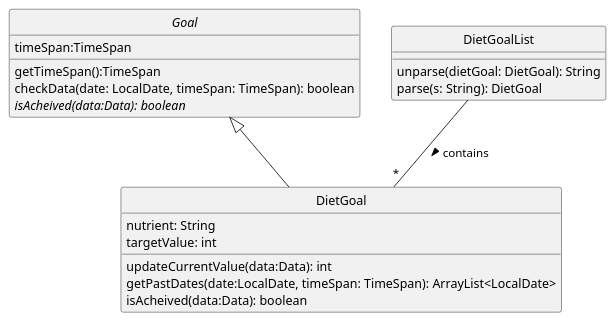
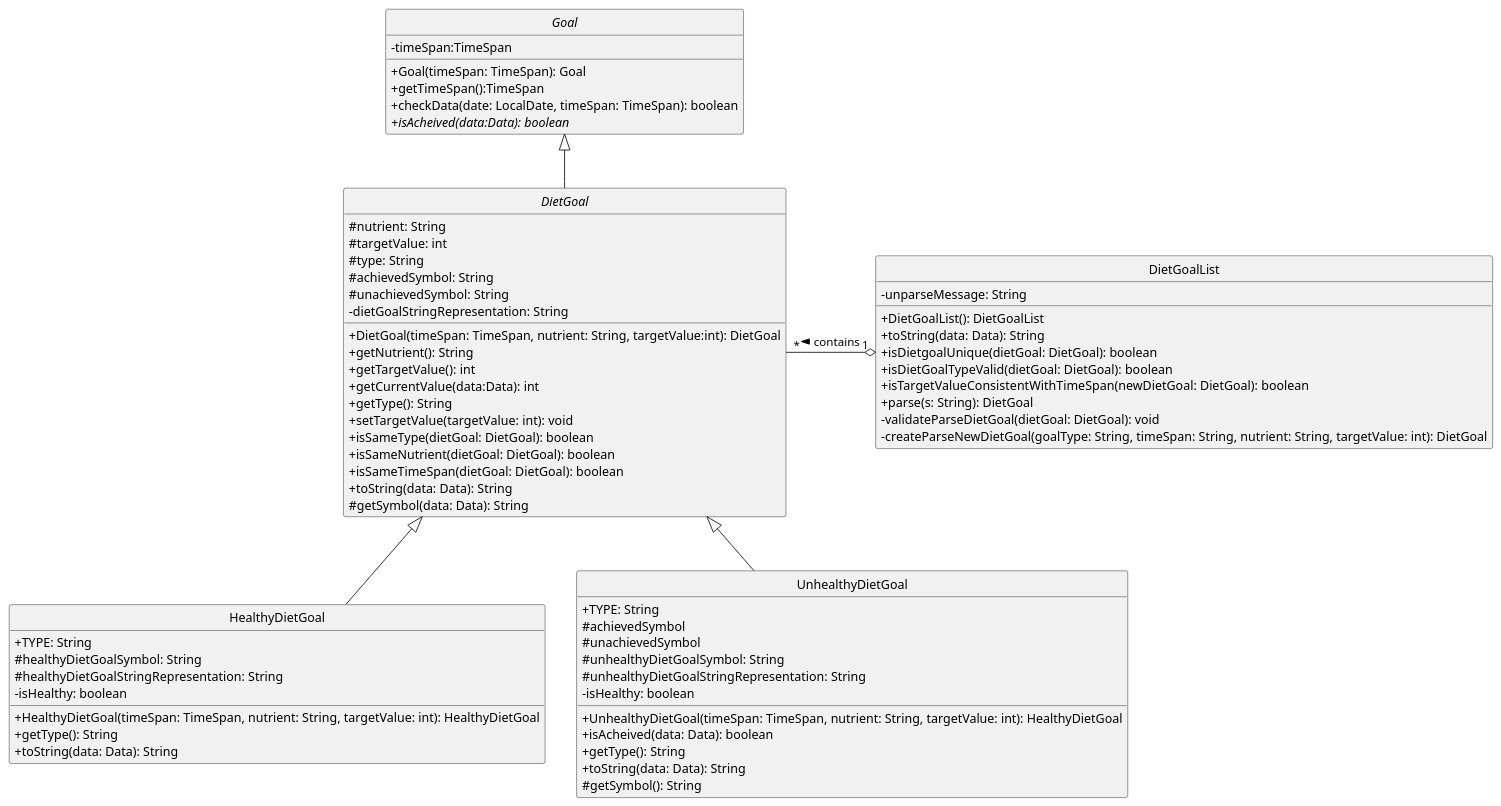
Before and after one commit to AY2324S1-CS2113-T17-1/tp: the diagram in docs/puml/Diet/DietGoalClassDiagram.puml, drawn with PlantUML. The commit also changed 6 other files, not shown here.

Commit message:
Update DG for main class diagram and diet goal diagrams

```diff
--- a/docs/puml/Diet/DietGoalClassDiagram.puml
+++ b/docs/puml/Diet/DietGoalClassDiagram.puml
@@ -1,33 +1,81 @@
 @startuml
 'https://plantuml.com/class-diagram
 skinparam classAttributeIconSize 0
 hide circle
 
 abstract class Goal{
-    timeSpan:TimeSpan
-    getTimeSpan():TimeSpan
-    checkData(date: LocalDate, timeSpan: TimeSpan): boolean
-    {abstract} isAcheived(data:Data): boolean
+    - timeSpan:TimeSpan
+    + Goal(timeSpan: TimeSpan): Goal
+    + getTimeSpan():TimeSpan
+    + checkData(date: LocalDate, timeSpan: TimeSpan): boolean
+    + {abstract} isAcheived(data:Data): boolean
 
 }
 
-class DietGoal{
-    nutrient: String
-    targetValue: int
-    updateCurrentValue(data:Data): int
-    getPastDates(date:LocalDate, timeSpan: TimeSpan): ArrayList<LocalDate>
-    isAcheived(data:Data): boolean
+abstract class DietGoal{
+    # nutrient: String
+    # targetValue: int
+    # type: String
+    # achievedSymbol: String
+    # unachievedSymbol: String
+    - dietGoalStringRepresentation: String
+    + DietGoal(timeSpan: TimeSpan, nutrient: String, targetValue:int): DietGoal
+    + getNutrient(): String
+    + getTargetValue(): int
+    + getCurrentValue(data:Data): int
+    + getType(): String
+    + setTargetValue(targetValue: int): void
+    + isSameType(dietGoal: DietGoal): boolean
+    + isSameNutrient(dietGoal: DietGoal): boolean
+    + isSameTimeSpan(dietGoal: DietGoal): boolean
+    + toString(data: Data): String
+    # getSymbol(data: Data): String
+}
+
+class HealthyDietGoal{
+    + TYPE: String
+    # healthyDietGoalSymbol: String
+    # healthyDietGoalStringRepresentation: String
+    - isHealthy: boolean
+    + HealthyDietGoal(timeSpan: TimeSpan, nutrient: String, targetValue: int): HealthyDietGoal
+    + getType(): String
+    + toString(data: Data): String
+}
+
+class UnhealthyDietGoal{
+    + TYPE: String
+    # achievedSymbol
+    # unachievedSymbol
+    # unhealthyDietGoalSymbol: String
+    # unhealthyDietGoalStringRepresentation: String
+    - isHealthy: boolean
+    + UnhealthyDietGoal(timeSpan: TimeSpan, nutrient: String, targetValue: int): HealthyDietGoal
+    + isAcheived(data: Data): boolean
+    + getType(): String
+    + toString(data: Data): String
+    # getSymbol(): String
+
 }
 
 class DietGoalList{
-    unparse(dietGoal: DietGoal): String
-    parse(s: String): DietGoal
+    - unparseMessage: String
+    + DietGoalList(): DietGoalList
+    + toString(data: Data): String
+    + isDietgoalUnique(dietGoal: DietGoal): boolean
+    + isDietGoalTypeValid(dietGoal: DietGoal): boolean
+    + isTargetValueConsistentWithTimeSpan(newDietGoal: DietGoal): boolean
+    + parse(s: String): DietGoal
+    - validateParseDietGoal(dietGoal: DietGoal): void
+    - createParseNewDietGoal(goalType: String, timeSpan: String, nutrient: String, targetValue: int): DietGoal
+
 
 }
 
 
 Goal <|-- DietGoal
-DietGoalList -- "*" DietGoal :contains >
+DietGoal <|-- HealthyDietGoal
+DietGoal <|-- UnhealthyDietGoal
+DietGoalList "1" o-l- "*" DietGoal :contains >
 
 
 @enduml
```
